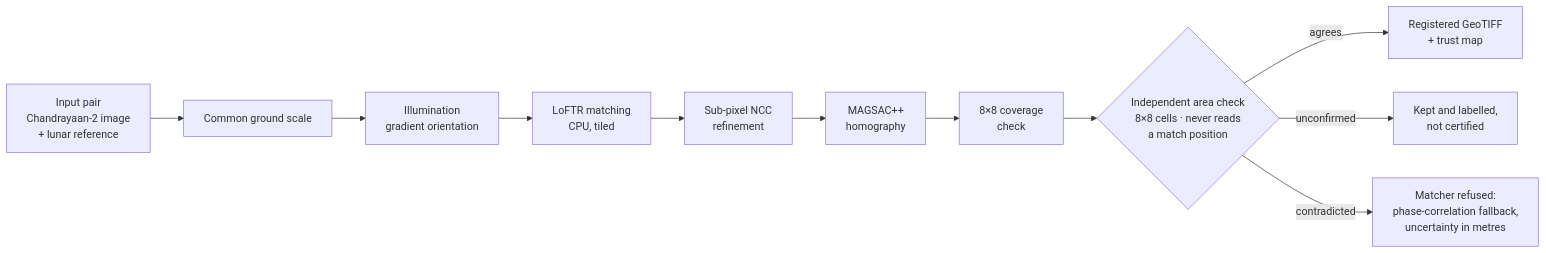
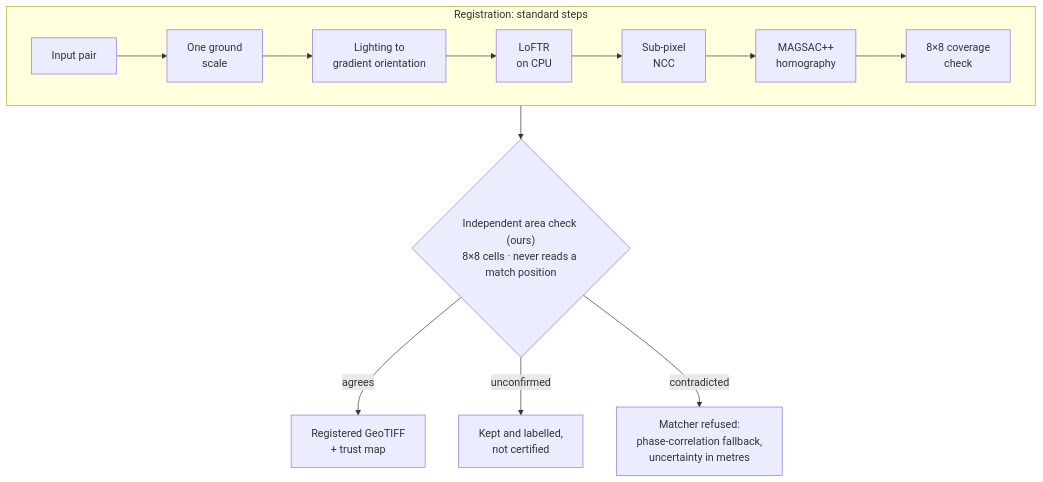
The diagram in README.md (samarthputhraya/sih26166), drawn with Mermaid before and after one commit.

Commit message:
README: the pipeline flowchart in two rows, so it reads at page width

````diff
--- a/README.md
+++ b/README.md
@@ -94,13 +94,11 @@
 ```mermaid
-flowchart LR
-    A["Input pair<br/>Chandrayaan-2 image<br/>+ lunar reference"] --> B["Common ground scale"]
-    B --> C["Illumination<br/>gradient orientation"]
-    C --> D["LoFTR matching<br/>CPU, tiled"]
-    D --> E["Sub-pixel NCC<br/>refinement"]
-    E --> F["MAGSAC++<br/>homography"]
-    F --> G["8×8 coverage<br/>check"]
-    G --> H{"Independent area check<br/>8×8 cells · never reads<br/>a match position"}
+flowchart TD
+    subgraph R["Registration: standard steps"]
+        direction LR
+        A["Input pair"] --> B["One ground<br/>scale"] --> C["Lighting to<br/>gradient orientation"] --> D["LoFTR<br/>on CPU"] --> E["Sub-pixel<br/>NCC"] --> F["MAGSAC++<br/>homography"] --> G["8×8 coverage<br/>check"]
+    end
+    R --> H{"Independent area check (ours)<br/>8×8 cells · never reads a match position"}
     H -- agrees --> I["Registered GeoTIFF<br/>+ trust map"]
     H -- unconfirmed --> J["Kept and labelled,<br/>not certified"]
     H -- contradicted --> K["Matcher refused:<br/>phase-correlation fallback,<br/>uncertainty in metres"]
 ```
````
